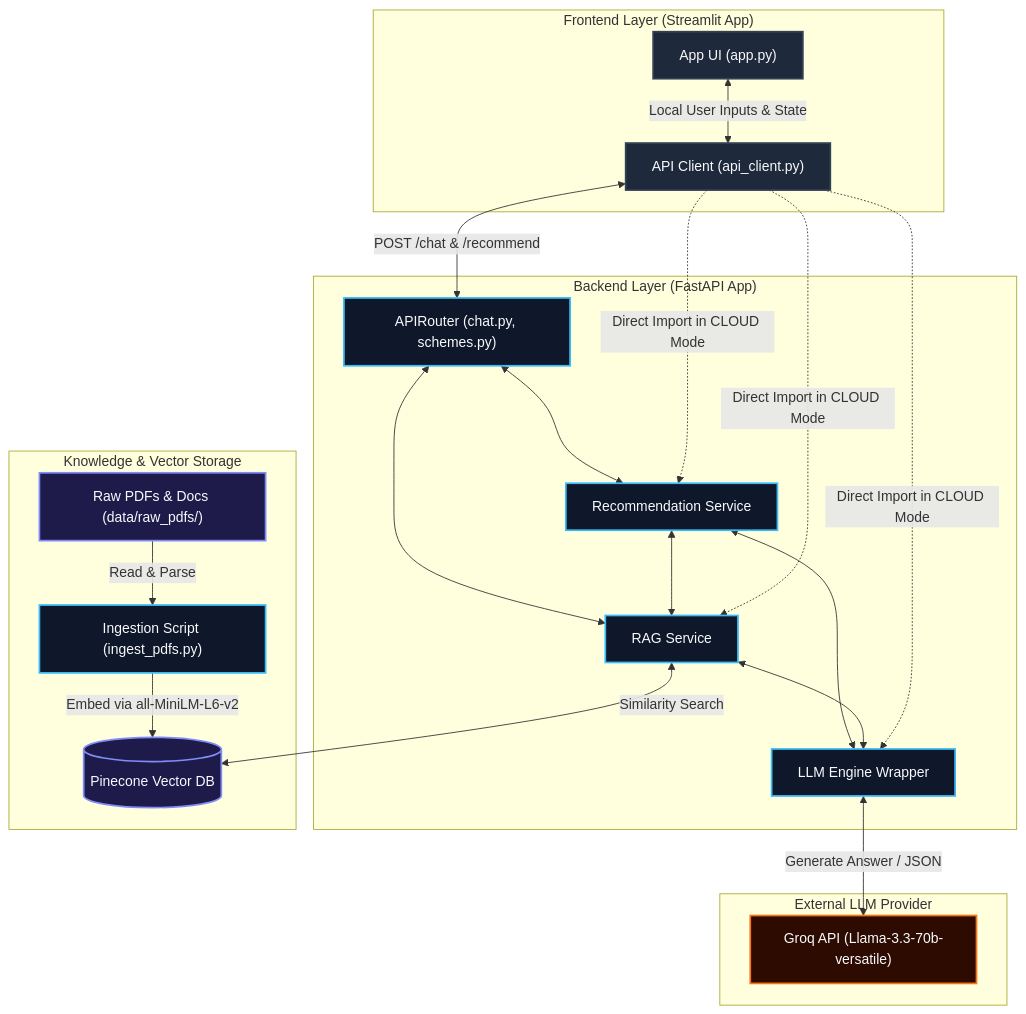
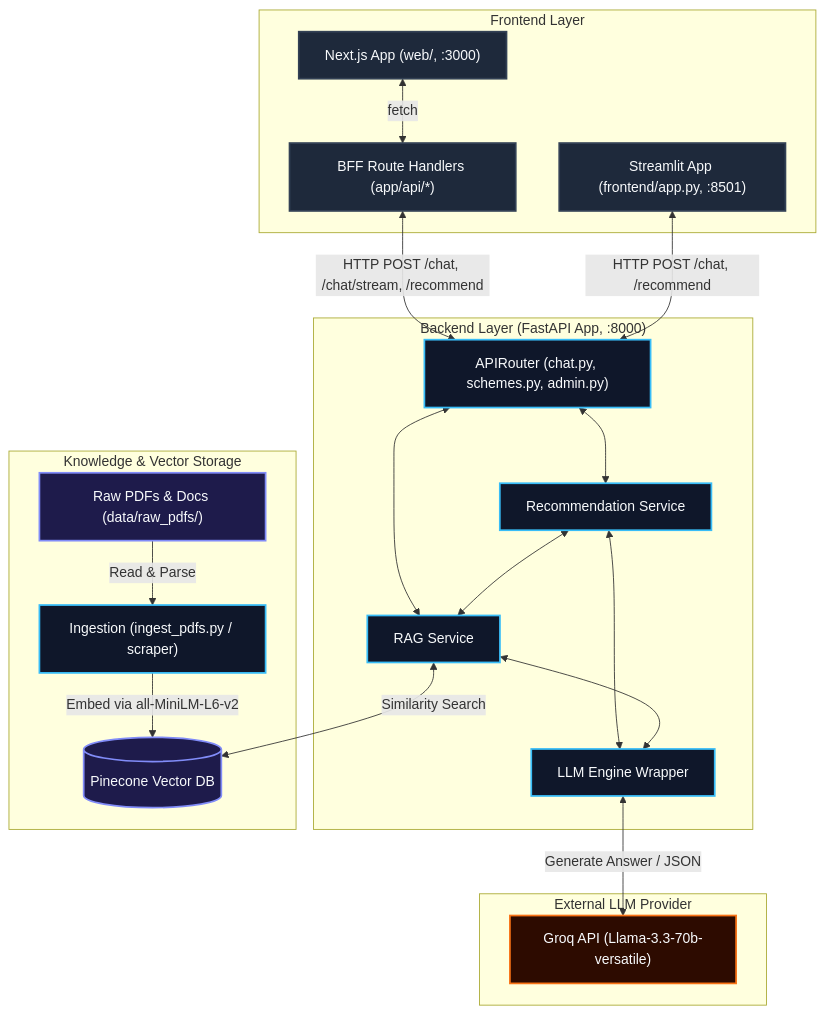
One commit to Manavv007/S.A.R.A.L.-Scheme-Access-Retrieval-Analysis-Layer- changed the first of 3 diagrams in ARCHITECTURE.md. Above: the diagram before and after it, drawn with Mermaid. The commit also changed other lines of this file and 28 other files, not shown here.

````diff
--- a/ARCHITECTURE.md
+++ b/ARCHITECTURE.md
@@ -15,54 +17,53 @@
 ```mermaid
 graph TD
     %% Styling
     classDef client fill:#1e293b,stroke:#334155,stroke-width:2px,color:#f8fafc;
     classDef server fill:#0f172a,stroke:#38bdf8,stroke-width:2px,color:#f8fafc;
     classDef database fill:#1e1b4b,stroke:#818cf8,stroke-width:2px,color:#f8fafc;
     classDef external fill:#2d0b00,stroke:#f97316,stroke-width:2px,color:#f8fafc;
 
-    subgraph ClientLayer ["Frontend Layer (Streamlit App)"]
-        UI["App UI (app.py)"]
-        APIClient["API Client (api_client.py)"]
-        UI <-->|Local User Inputs & State| APIClient
+    subgraph ClientLayer ["Frontend Layer"]
+        NextUI["Next.js App (web/, :3000)"]
+        BFF["BFF Route Handlers (app/api/*)"]
+        Streamlit["Streamlit App (frontend/app.py, :8501)"]
+        NextUI <-->|fetch| BFF
     end
 
-    subgraph ServiceLayer ["Backend Layer (FastAPI App)"]
-        Routes["APIRouter (chat.py, schemes.py)"]
+    subgraph ServiceLayer ["Backend Layer (FastAPI App, :8000)"]
+        Routes["APIRouter (chat.py, schemes.py, admin.py)"]
         RecService["Recommendation Service"]
         RAGService["RAG Service"]
         LLMEngine["LLM Engine Wrapper"]
 
         Routes <--> RecService
         Routes <--> RAGService
         RecService <--> RAGService
         RecService <--> LLMEngine
         RAGService <--> LLMEngine
     end
 
     subgraph StorageLayer ["Knowledge & Vector Storage"]
         PDFs["Raw PDFs & Docs (data/raw_pdfs/)"]
         Pinecone[("Pinecone Vector DB")]
-        Ingest["Ingestion Script (ingest_pdfs.py)"]
+        Ingest["Ingestion (ingest_pdfs.py / scraper)"]
 
         PDFs -->|Read & Parse| Ingest
         Ingest -->|Embed via all-MiniLM-L6-v2| Pinecone
     end
 
     subgraph ExternalServices ["External LLM Provider"]
         Groq["Groq API (Llama-3.3-70b-versatile)"]
     end
 
-    %% Communication paths
-    APIClient <-->|POST /chat & /recommend| Routes
-    APIClient -.->|Direct Import in CLOUD Mode| RecService
-    APIClient -.->|Direct Import in CLOUD Mode| RAGService
-    APIClient -.->|Direct Import in CLOUD Mode| LLMEngine
+    %% Communication paths (HTTP only)
+    BFF <-->|HTTP POST /chat, /chat/stream, /recommend| Routes
+    Streamlit <-->|HTTP POST /chat, /recommend| Routes
 
     RAGService <-->|Similarity Search| Pinecone
     LLMEngine <-->|Generate Answer / JSON| Groq
 
-    class UI,APIClient client;
+    class NextUI,BFF,Streamlit client;
     class Routes,RecService,RAGService,LLMEngine,Ingest server;
     class Pinecone,PDFs database;
     class Groq external;
 ```
````
